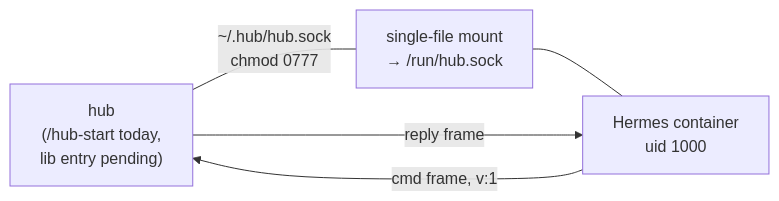
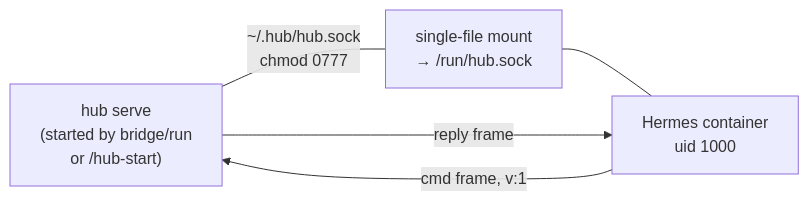
Before and after one commit to yurifrl/pi-hub: the diagram in docs/07-hermes-bridge.md, drawn with Mermaid. The commit also changed other lines of this file and 8 other files, not shown here.

First line of the commit message:
feat: standalone hub serve — the bridge manages the hub itself

````diff
--- a/docs/07-hermes-bridge.md
+++ b/docs/07-hermes-bridge.md
@@ -51,7 +54,7 @@
 ```mermaid
 flowchart LR
-    H["hub<br/>(/hub-start today,<br/>lib entry pending)"] ---|~/.hub/hub.sock<br/>chmod 0777| S["single-file mount<br/>→ /run/hub.sock"]
+    H["hub serve<br/>(started by bridge/run<br/>or /hub-start)"] ---|~/.hub/hub.sock<br/>chmod 0777| S["single-file mount<br/>→ /run/hub.sock"]
     S --- C["Hermes container<br/>uid 1000"]
     C -->|cmd frame, v:1| H
     H -->|reply frame| C
 ```
````
